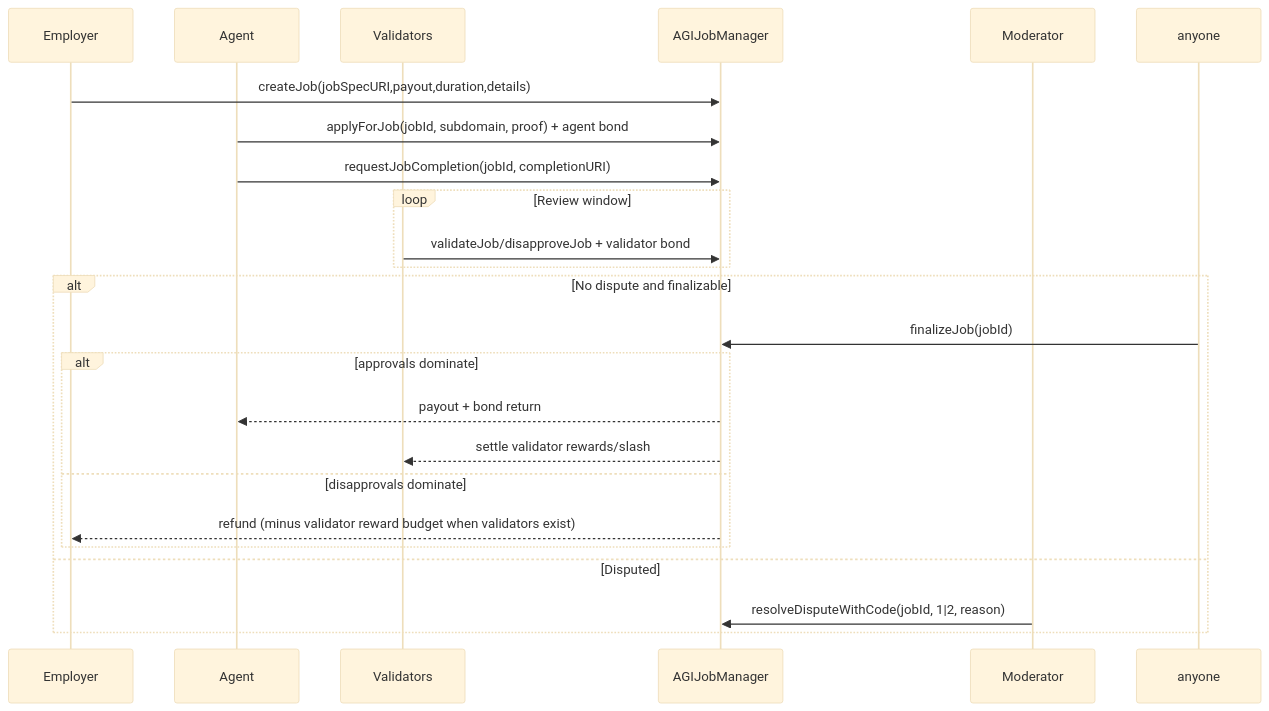
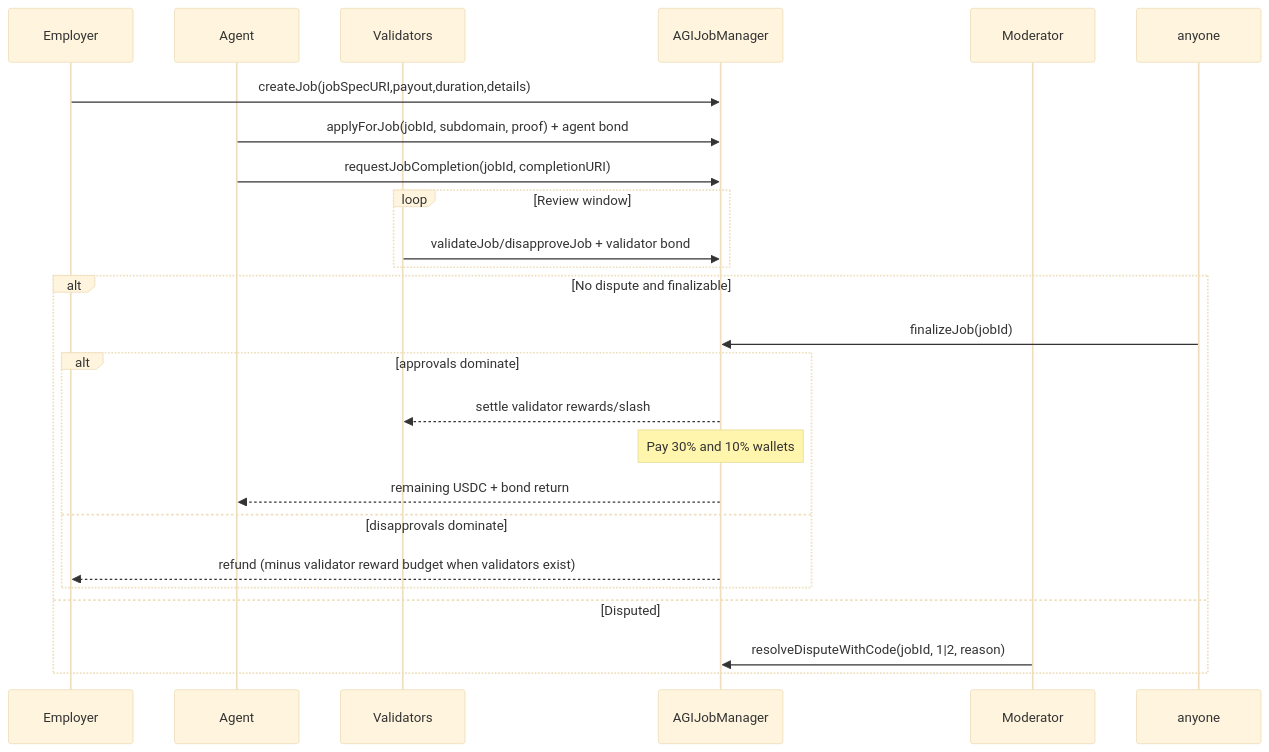
The second of 2 diagrams in docs/AGIJOBMANAGER.md (MontrealAI/AGIJobManager), drawn with Mermaid (base theme) before and after one commit. The commit also changed other lines of this file and 81 other files, not shown here.

Commit message:
feat: distribute USDC job costs to validators, 30% and 10% wallets, then agents

````diff
--- a/docs/AGIJOBMANAGER.md
+++ b/docs/AGIJOBMANAGER.md
@@ -35,27 +35,28 @@
 ```mermaid
 sequenceDiagram
     participant E as Employer
     participant A as Agent
     participant V as Validators
     participant M as AGIJobManager
     participant Mod as Moderator
 
     E->>M: createJob(jobSpecURI,payout,duration,details)
     A->>M: applyForJob(jobId, subdomain, proof) + agent bond
     A->>M: requestJobCompletion(jobId, completionURI)
     loop Review window
       V->>M: validateJob/disapproveJob + validator bond
     end
 
     alt No dispute and finalizable
       anyone->>M: finalizeJob(jobId)
       alt approvals dominate
-        M-->>A: payout + bond return
         M-->>V: settle validator rewards/slash
+        Note over M: Pay 30% and 10% wallets
+        M-->>A: remaining USDC + bond return
       else disapprovals dominate
         M-->>E: refund (minus validator reward budget when validators exist)
       end
     else Disputed
       Mod->>M: resolveDisputeWithCode(jobId, 1|2, reason)
     end
 ```
````
